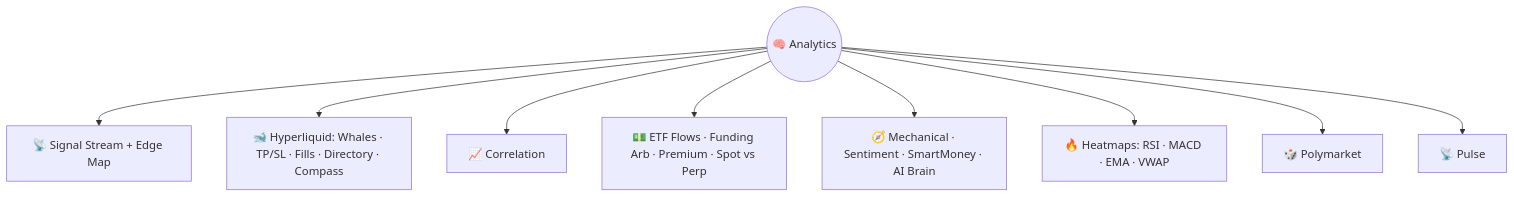
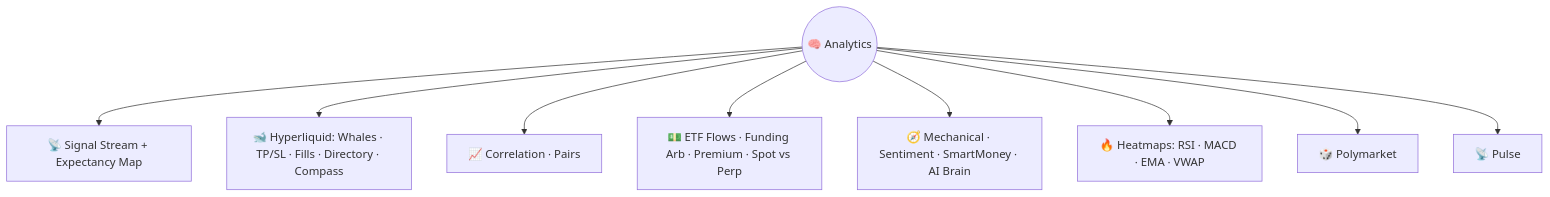
The diagram in analytics.md (formionai/docs), drawn with Mermaid before and after one commit. The commit also changed other lines of this file and 20 other files, not shown here.

````diff
--- a/analytics.md
+++ b/analytics.md
@@ -11,11 +11,11 @@
 ```mermaid
 flowchart TD
-  AN(("🧠 Analytics")) --> SM["📡 Signal Stream + Edge Map"]
+  AN(("🧠 Analytics")) --> SM["📡 Signal Stream + Expectancy Map"]
   AN --> HL["🐋 Hyperliquid: Whales · TP/SL · Fills · Directory · Compass"]
-  AN --> CO["📈 Correlation"]
+  AN --> CO["📈 Correlation · Pairs"]
   AN --> FL["💵 ETF Flows · Funding Arb · Premium · Spot vs Perp"]
   AN --> MS["🧭 Mechanical · Sentiment · SmartMoney · AI Brain"]
   AN --> HM["🔥 Heatmaps: RSI · MACD · EMA · VWAP"]
   AN --> PM["🎲 Polymarket"]
   AN --> PU["📡 Pulse"]
 ```
````
